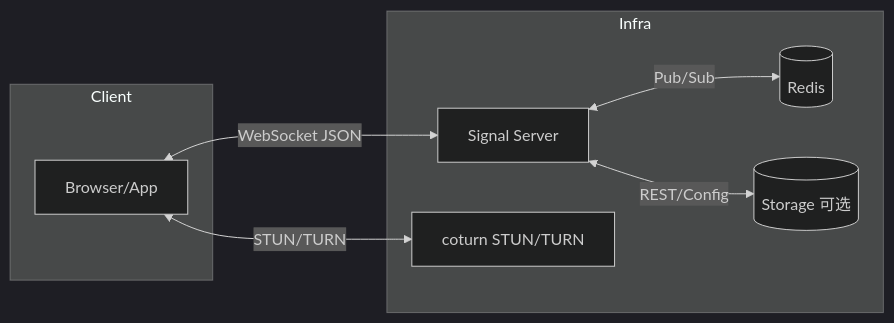
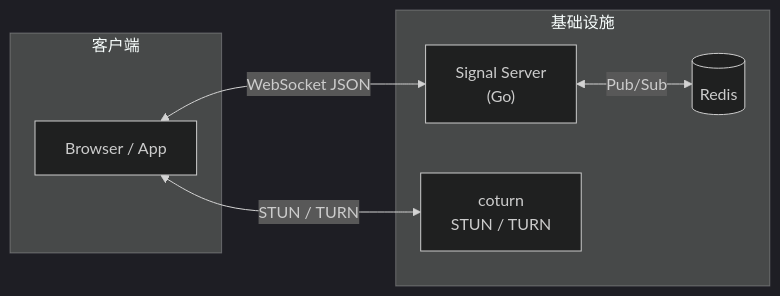
The first of 2 diagrams in docs/design.md (build-workbench/webrtc-signaling), drawn with Mermaid (dark theme) before and after one commit. The commit also changed other lines of this file and 9 other files, not shown here.

````diff
--- a/docs/design.md
+++ b/docs/design.md
@@ -47,18 +60,14 @@
 ```mermaid
 flowchart LR
-  subgraph Client
-    A[Browser/App]
+  subgraph 客户端
+    A[Browser / App]
   end
-
-  subgraph Infra
-    B[Signal Server]
+  subgraph 基础设施
+    B["Signal Server<br/>(Go)"]
     C[(Redis)]
-    D[coturn STUN/TURN]
-    E[(Storage 可选)]
+    D["coturn<br/>STUN / TURN"]
   end
-
-  A <--> |WebSocket JSON| B
-  B <--> |Pub/Sub| C
-  A <--> |STUN/TURN| D
-  B <--> |REST/Config| E
+  A <-->|WebSocket JSON| B
+  B <-->|Pub/Sub| C
+  A <-->|STUN / TURN| D
 ```
````
